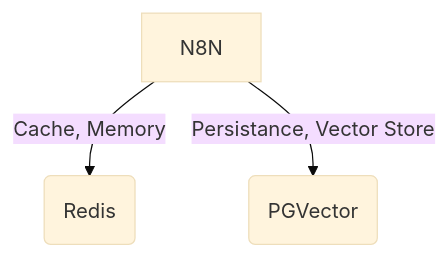
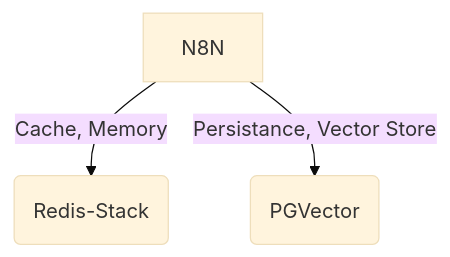
One commit to montblanc13/n8n-docker-stack changed the diagram in README.md. Above: the diagram before and after it, drawn with Mermaid (base theme). The commit also changed other lines of this file and 8 other files, not shown here.

````diff
--- a/README.md
+++ b/README.md
@@ -7,5 +7,5 @@
 ``` mermaid
 flowchart TD
-    A[N8N] -->|Cache, Memory| B(Redis)
+    A[N8N] -->|Cache, Memory| B(Redis-Stack)
     A[N8N] -->|Persistance, Vector Store| C(PGVector)  
 ```
````
